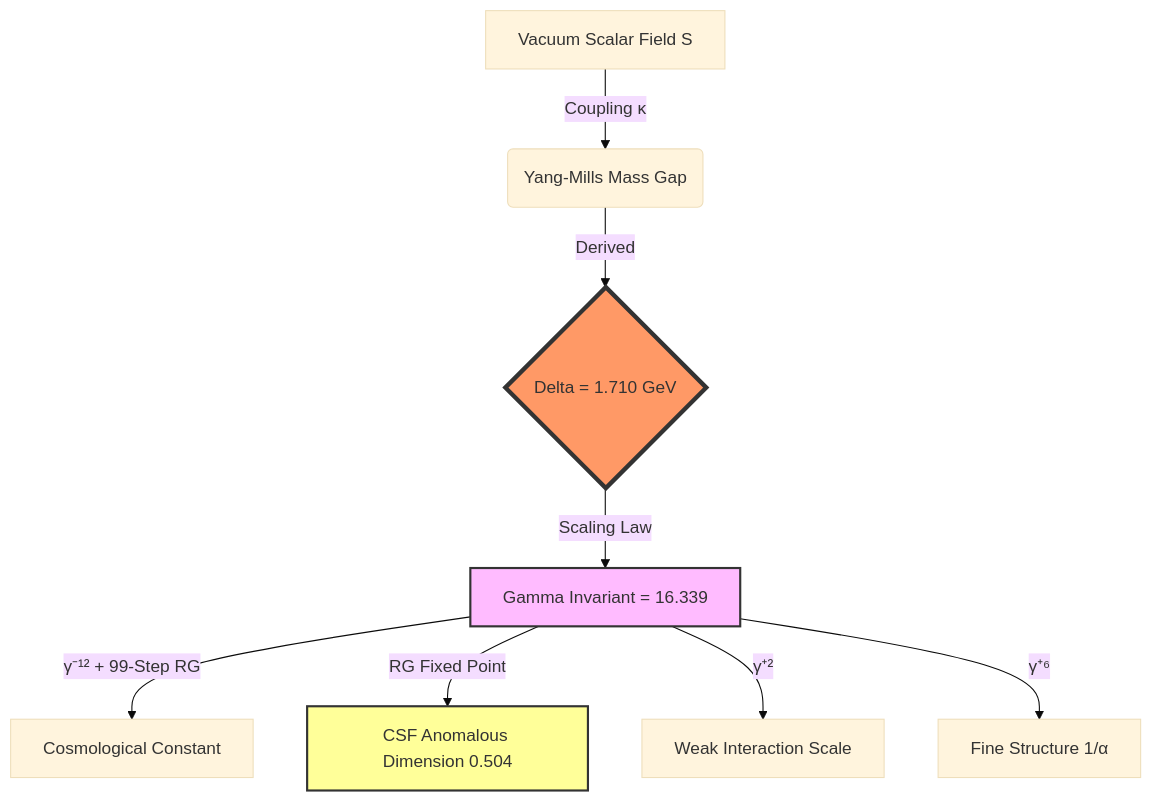
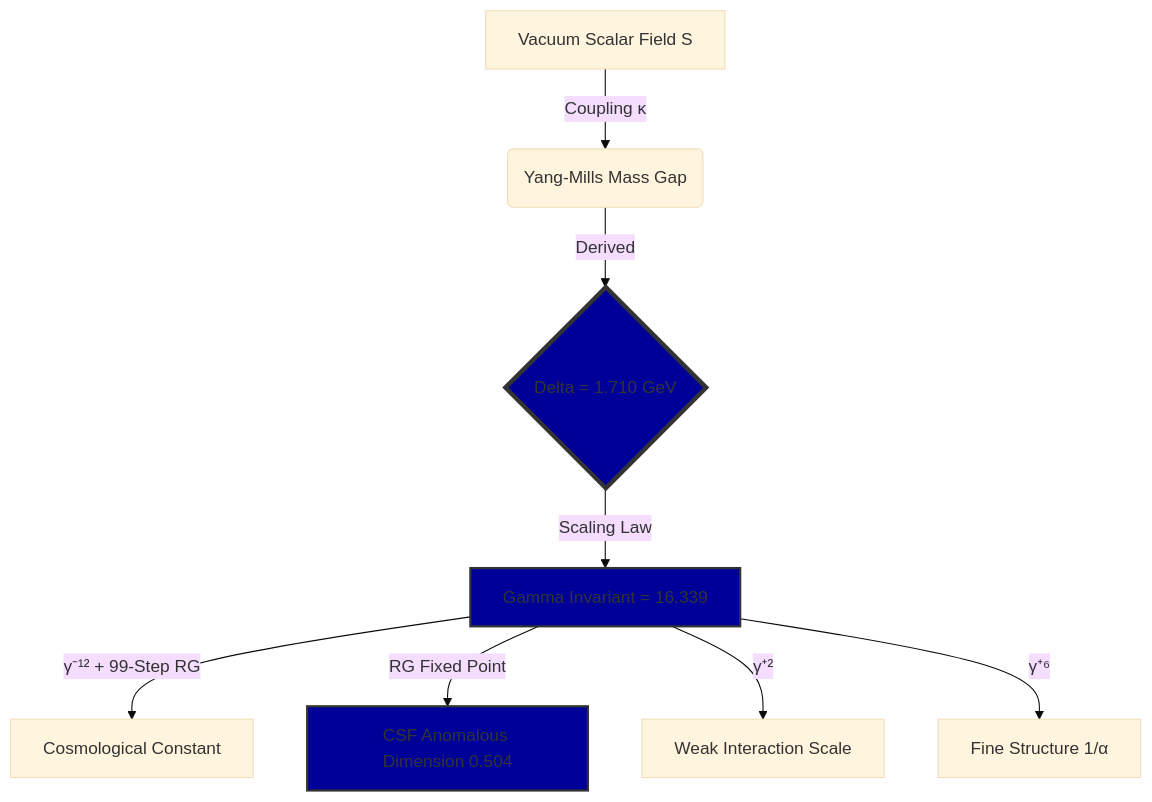
Before and after one commit to badbugsarts-hue/UIDT-Framework-V3.2-Canonical: the diagram in README.md, drawn with Mermaid (base theme).

````diff
--- a/README.md
+++ b/README.md
@@ -86,15 +86,15 @@
 ```mermaid
 graph TD
     A[Vacuum Scalar Field S] -->|Coupling κ| B(Yang-Mills Mass Gap);
     B -->|Derived| C{Delta = 1.710 GeV};
     C -->|Scaling Law| D[Gamma Invariant = 16.339];
     
     D -->|γ⁻¹² + 99-Step RG| E[Cosmological Constant];
     D -->|RG Fixed Point| F[CSF Anomalous Dimension 0.504];
     D -->|γ⁺²| G[Weak Interaction Scale];
     D -->|γ⁺⁶| H[Fine Structure 1/α];
     
-    style C fill:#f96,stroke:#333,stroke-width:4px
-    style D fill:#fbf,stroke:#333,stroke-width:2px
-    style F fill:#ff9,stroke:#333,stroke-width:2px
+    style C fill:#009,stroke:#333,stroke-width:4px
+    style D fill:#009,stroke:#333,stroke-width:2px
+    style F fill:#009,stroke:#333,stroke-width:2px
 ```
````
